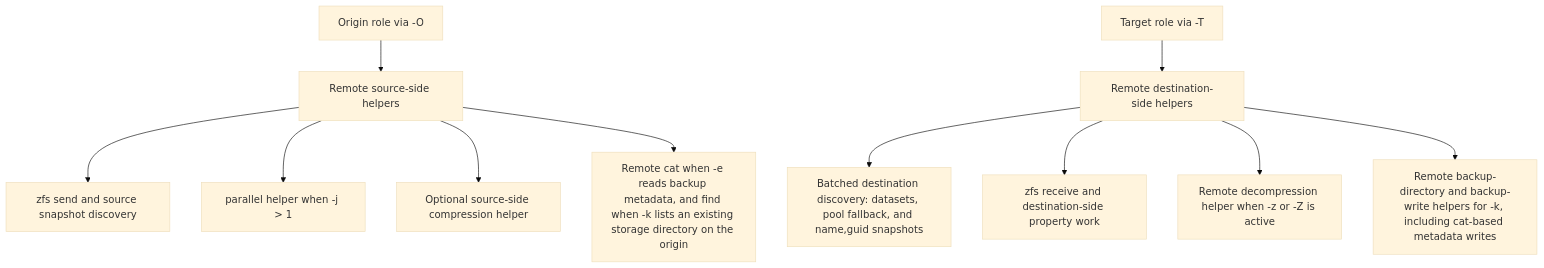
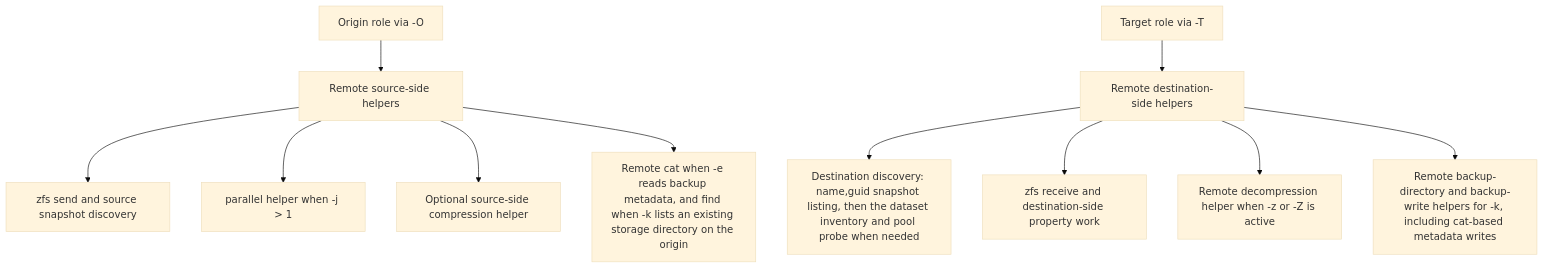
The second of 2 diagrams in docs/platforms.md (totalAldo/zxfer), drawn with Mermaid (base theme) before and after one commit. The commit also changed other lines of this file and 24 other files, not shown here.

First line of the commit message:
Discovery: list a -T destination like a local one

````diff
--- a/docs/platforms.md
+++ b/docs/platforms.md
@@ -212,14 +209,14 @@
 ```mermaid
 flowchart TD
     A["Origin role via -O"] --> B["Remote source-side helpers"]
     B --> C["zfs send and source snapshot discovery"]
     B --> D["parallel helper when -j > 1"]
     B --> E["Optional source-side compression helper"]
     B --> F["Remote cat when -e reads backup metadata, and find when -k lists an existing storage directory on the origin"]
 
     G["Target role via -T"] --> H["Remote destination-side helpers"]
-    H --> I["Batched destination discovery: datasets, pool fallback, and name,guid snapshots"]
+    H --> I["Destination discovery: name,guid snapshot listing, then the dataset inventory and pool probe when needed"]
     H --> J["zfs receive and destination-side property work"]
     H --> K["Remote decompression helper when -z or -Z is active"]
     H --> L["Remote backup-directory and backup-write helpers for -k, including cat-based metadata writes"]
 ```
````
